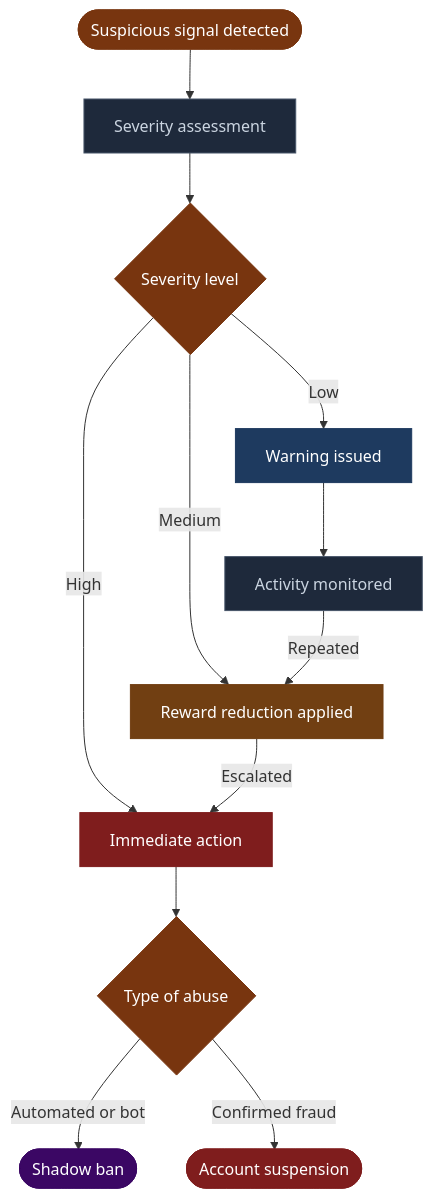
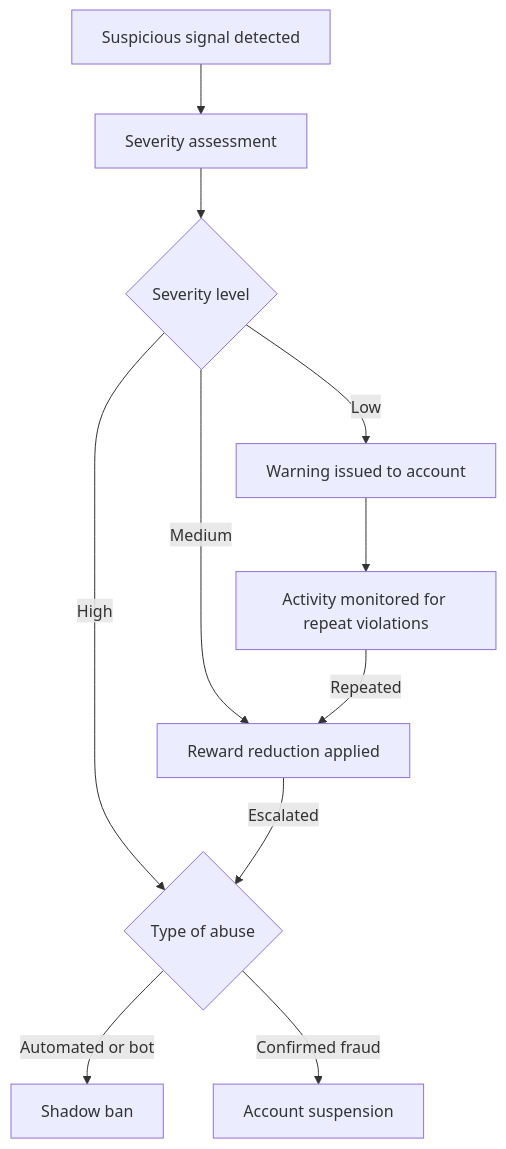
Before and after one commit to Nexora-Node/Docs: the first of 2 diagrams in anti-cheat.md, drawn with Mermaid. The commit also changed other lines of this file and 5 other files, not shown here.

Commit message:
docs: remove all custom styles, simplify diagrams for clean GitBook render

````diff
--- a/anti-cheat.md
+++ b/anti-cheat.md
@@ -35,25 +35,13 @@
 ```mermaid
 flowchart TD
-    A([Suspicious signal detected]) --> B[Severity assessment]
+    A[Suspicious signal detected] --> B[Severity assessment]
     B --> C{Severity level}
-    C -->|Low| D[Warning issued]
+    C -->|Low| D[Warning issued to account]
     C -->|Medium| E[Reward reduction applied]
-    C -->|High| F[Immediate action]
-    F --> G{Type of abuse}
-    G -->|Automated or bot| H([Shadow ban])
-    G -->|Confirmed fraud| I([Account suspension])
-    D --> J[Activity monitored]
-    J -->|Repeated| E
+    C -->|High| F{Type of abuse}
+    F -->|Automated or bot| G[Shadow ban]
+    F -->|Confirmed fraud| H[Account suspension]
+    D --> I[Activity monitored for repeat violations]
+    I -->|Repeated| E
     E -->|Escalated| F
-
-    style A fill:#78350f,stroke:#78350f,color:#fff
-    style B fill:#1e293b,stroke:#475569,color:#cbd5e1
-    style C fill:#78350f,stroke:#78350f,color:#fff
-    style D fill:#1e3a5f,stroke:#1e3a5f,color:#fff
-    style E fill:#713f12,stroke:#713f12,color:#fff
-    style F fill:#7f1d1d,stroke:#7f1d1d,color:#fff
-    style G fill:#78350f,stroke:#78350f,color:#fff
-    style H fill:#3b0764,stroke:#3b0764,color:#fff
-    style I fill:#7f1d1d,stroke:#7f1d1d,color:#fff
-    style J fill:#1e293b,stroke:#475569,color:#cbd5e1
 ```
````
